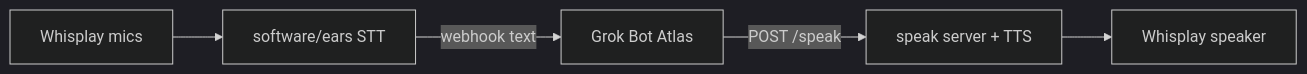
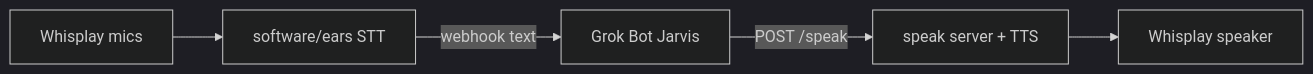
One commit to etjones45/desk-atlas changed the diagram in README.md. Above: the diagram before and after it, drawn with Mermaid (dark theme). The commit also changed other lines of this file and 6 other files, not shown here.

Commit message:
Brand: Atlas → Jarvis (docs, deploy, config batch 1/5)

````diff
--- a/README.md
+++ b/README.md
@@ -21,7 +21,7 @@
 ```mermaid
 flowchart LR
   Mic[Whisplay mics] --> Ears[software/ears STT]
-  Ears -->|webhook text| Atlas[Grok Bot Atlas]
-  Atlas -->|POST /speak| Mouth[speak server + TTS]
+  Ears -->|webhook text| Jarvis[Grok Bot Jarvis]
+  Jarvis -->|POST /speak| Mouth[speak server + TTS]
   Mouth --> Spk[Whisplay speaker]
 ```
````
